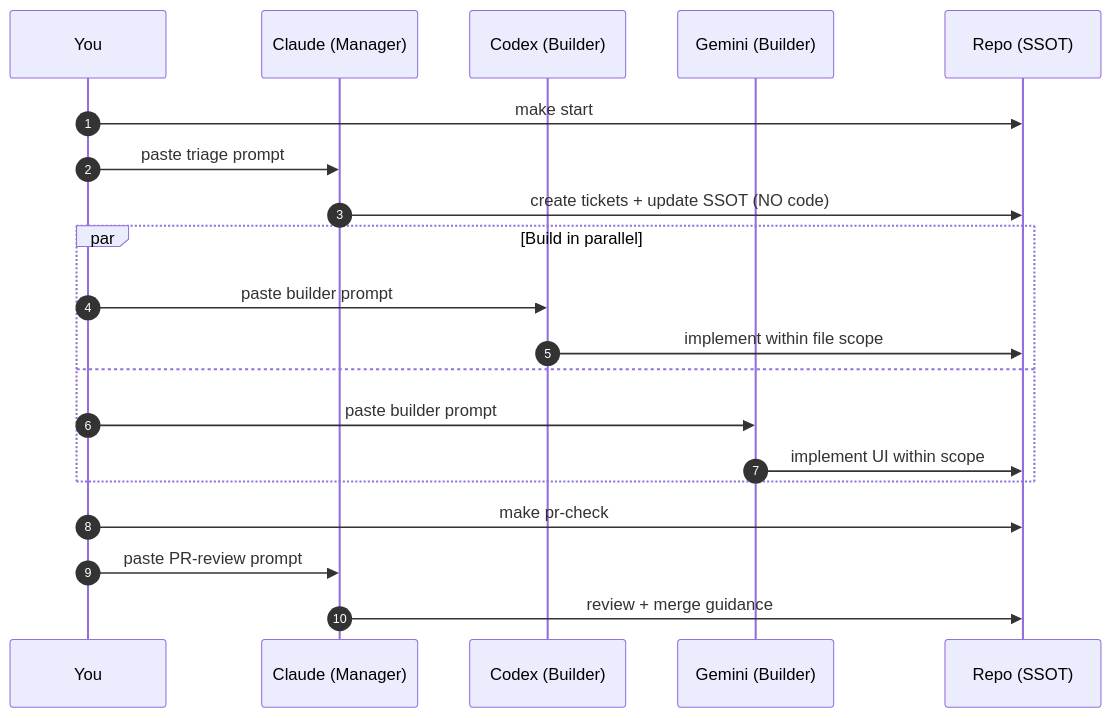
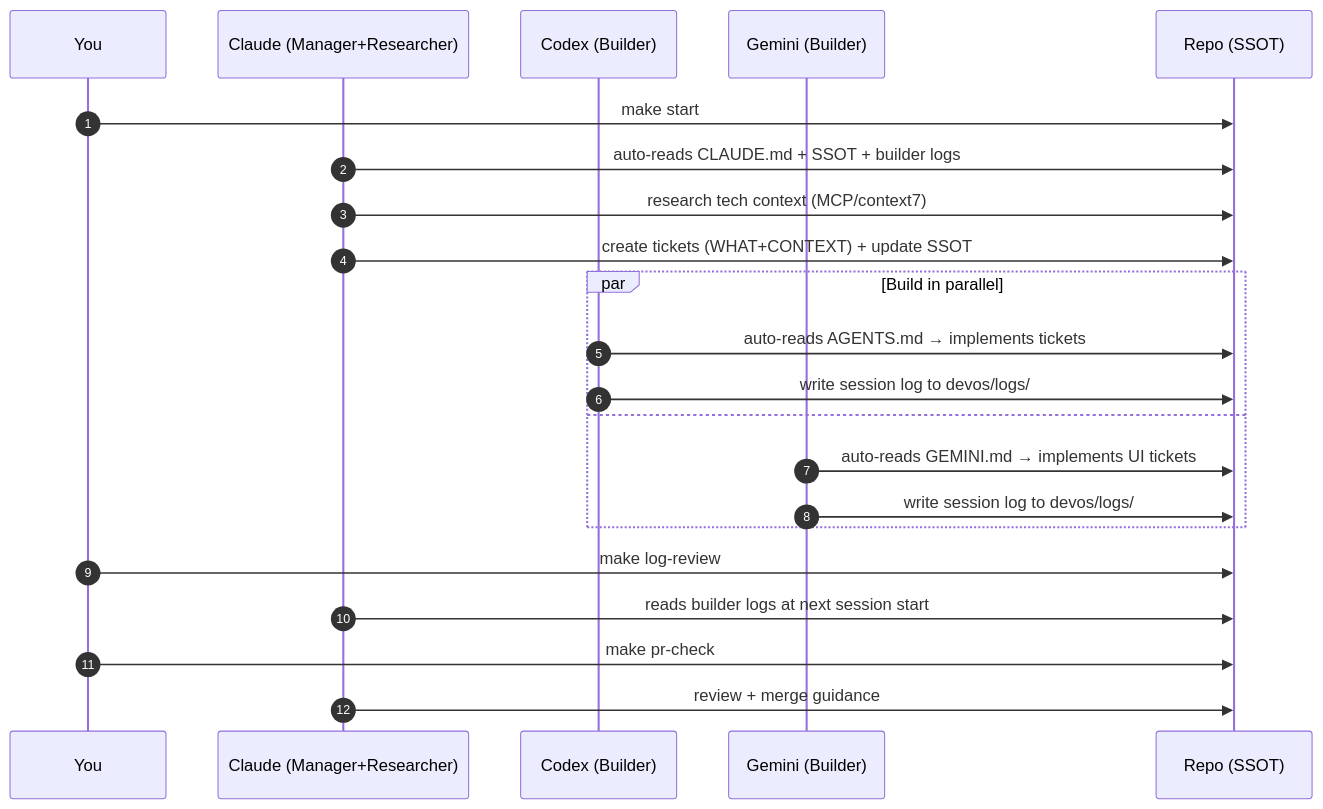
Before and after one commit to theprdguy/Vibe-Coding-OS: the first of 2 diagrams in README.md, drawn with Mermaid. The commit also changed other lines of this file and 4 other files, not shown here.

````diff
--- a/README.md
+++ b/README.md
@@ -123,25 +137,27 @@
 ```mermaid
 sequenceDiagram
   autonumber
   participant U as You
-  participant C as Claude (Manager)
+  participant C as Claude (Manager+Researcher)
   participant X as Codex (Builder)
   participant G as Gemini (Builder)
   participant R as Repo (SSOT)
 
   U->>R: make start
-  U->>C: paste triage prompt
-  C->>R: create tickets + update SSOT (NO code)
+  C->>R: auto-reads CLAUDE.md + SSOT + builder logs
+  C->>R: research tech context (MCP/context7)
+  C->>R: create tickets (WHAT+CONTEXT) + update SSOT
 
   par Build in parallel
-    U->>X: paste builder prompt
-    X->>R: implement within file scope
+    X->>R: auto-reads AGENTS.md → implements tickets
+    X->>R: write session log to devos/logs/
   and
-    U->>G: paste builder prompt
-    G->>R: implement UI within scope
+    G->>R: auto-reads GEMINI.md → implements UI tickets
+    G->>R: write session log to devos/logs/
   end
 
+  U->>R: make log-review
+  C->>R: reads builder logs at next session start
   U->>R: make pr-check
-  U->>C: paste PR-review prompt
   C->>R: review + merge guidance
 ```
````
